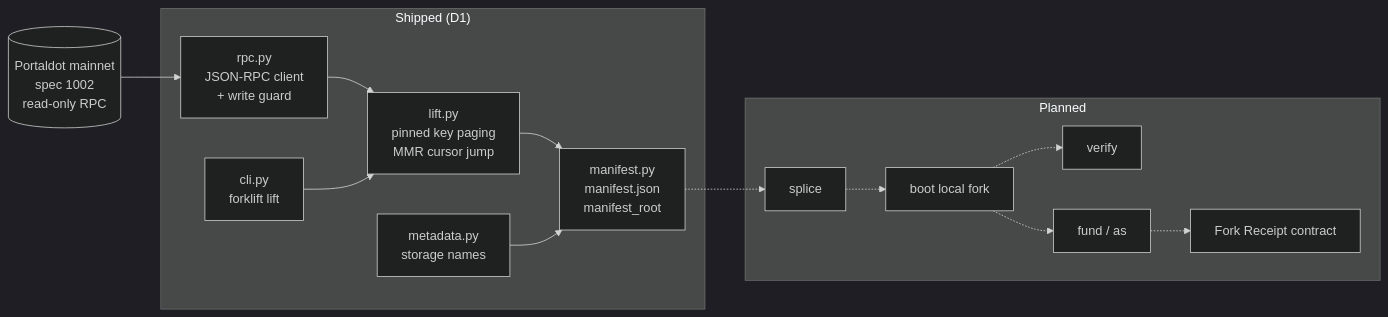
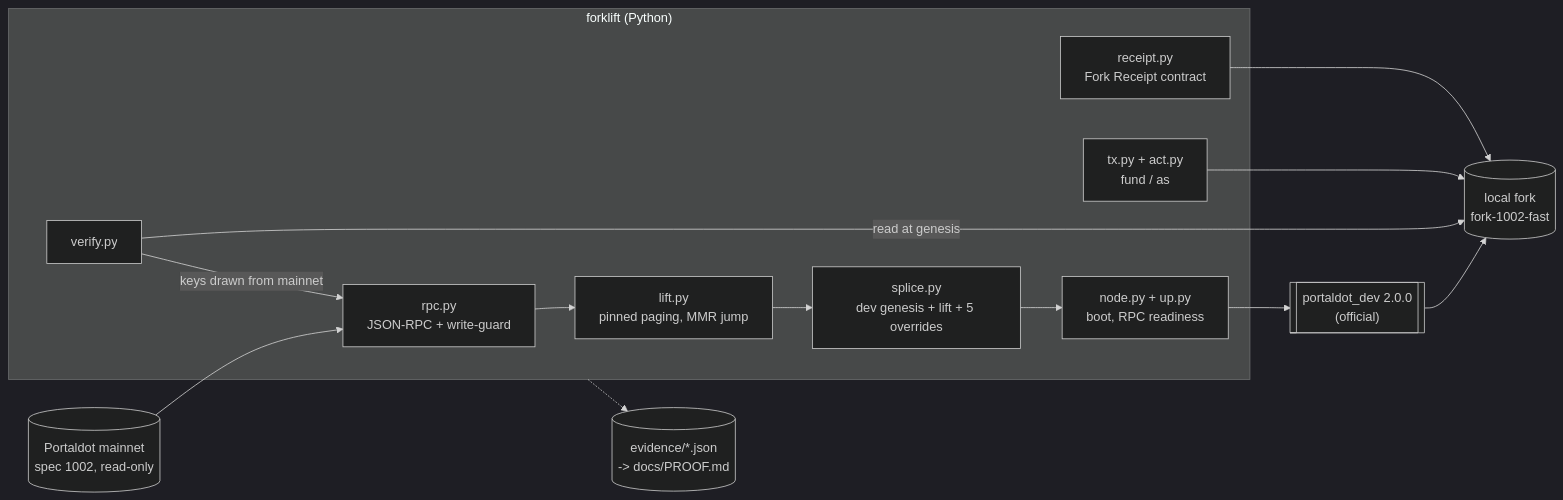
Before and after one commit to edycutjong/portaldot-hackathon-2026-forklift-edycu: the diagram in README.md, drawn with Mermaid (dark theme). The commit also changed other lines of this file, not shown here.

Commit message:
README v1: check-in slice shipped (lift, fork, verify, fund/as, Receipt), boundaries, evidence table, roadmap

````diff
--- a/README.md
+++ b/README.md
@@ -62,23 +91,22 @@
 ```mermaid
 flowchart LR
-    M[("Portaldot mainnet\nspec 1002\nread-only RPC")]
-    subgraph shipped["Shipped (D1)"]
-      RPC["rpc.py\nJSON-RPC client\n+ write guard"]
-      LIFT["lift.py\npinned key paging\nMMR cursor jump"]
-      META["metadata.py\nstorage names"]
-      MAN["manifest.py\nmanifest.json\nmanifest_root"]
-      CLI["cli.py\nforklift lift"]
+    M[("Portaldot mainnet\nspec 1002, read-only")]
+    subgraph tool["forklift (Python)"]
+      RPC["rpc.py\nJSON-RPC + write-guard"]
+      LIFT["lift.py\npinned paging, MMR jump"]
+      SPL["splice.py\ndev genesis + lift + 5 overrides"]
+      NODE["node.py + up.py\nboot, RPC readiness"]
+      VER["verify.py"]
+      ACT["tx.py + act.py\nfund / as"]
+      REC["receipt.py\nFork Receipt contract"]
     end
-    subgraph planned["Planned"]
-      SPL["splice"]
-      BOOT["boot local fork"]
-      VER["verify"]
-      ACT["fund / as"]
-      REC["Fork Receipt contract"]
-    end
-    M --> RPC --> LIFT --> MAN
-    META --> MAN
-    CLI --> LIFT
-    MAN -.-> SPL -.-> BOOT -.-> VER
-    BOOT -.-> ACT -.-> REC
+    BIN[["portaldot_dev 2.0.0\n(official)"]]
+    F[("local fork\nfork-1002-fast")]
+    EV[("evidence/*.json\n-> docs/PROOF.md")]
+    M --> RPC --> LIFT --> SPL --> NODE --> BIN --> F
+    VER -- "keys drawn from mainnet" --> RPC
+    VER -- "read at genesis" --> F
+    ACT --> F
+    REC --> F
+    tool -.-> EV
 ```
````
